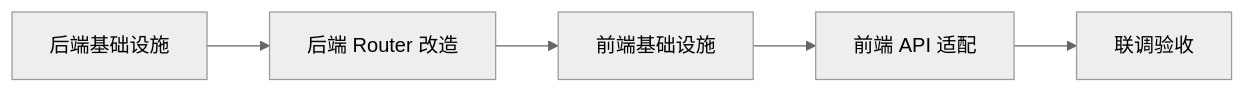
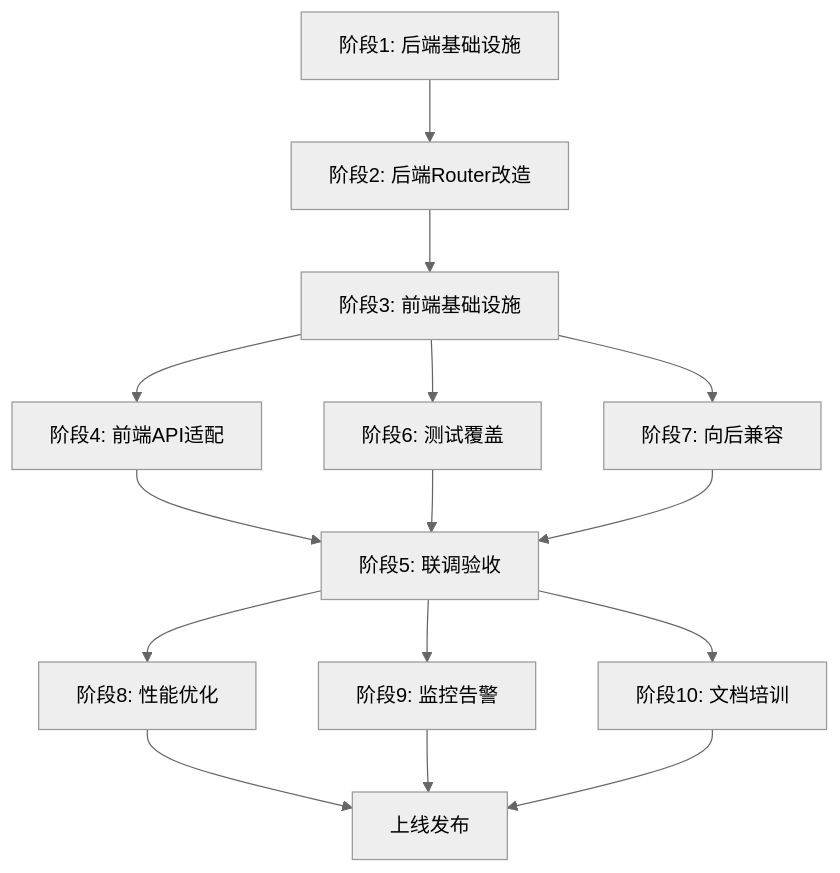
Before and after one commit to Chenkeliang/duckdb-query: the diagram in .kiro/specs/api-response-standardization/tasks.md, drawn with Mermaid (neutral theme). The commit also changed other lines of this file and 8 other files, not shown here.

````diff
--- a/.kiro/specs/api-response-standardization/tasks.md
+++ b/.kiro/specs/api-response-standardization/tasks.md
@@ -174,7 +381,21 @@
 ```mermaid
-graph LR
-    A[后端基础设施] --> B[后端 Router 改造]
-    B --> C[前端基础设施]
-    C --> D[前端 API 适配]
-    D --> E[联调验收]
+graph TB
+    A[阶段1: 后端基础设施] --> B[阶段2: 后端Router改造]
+    B --> C[阶段3: 前端基础设施]
+    C --> D[阶段4: 前端API适配]
+    D --> E[阶段5: 联调验收]
+    
+    C --> F[阶段6: 测试覆盖]
+    F --> E
+    
+    C --> G[阶段7: 向后兼容]
+    G --> E
+    
+    E --> H[阶段8: 性能优化]
+    E --> I[阶段9: 监控告警]
+    E --> J[阶段10: 文档培训]
+    
+    H --> K[上线发布]
+    I --> K
+    J --> K
 ```
````
